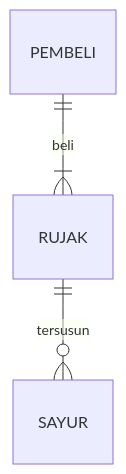
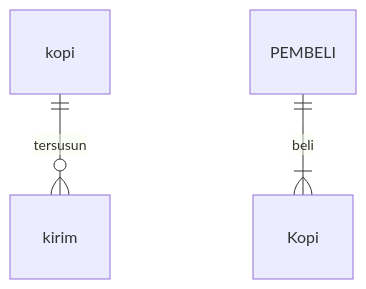
Before and after one commit to FauziAbdulMalik/Uzi_am14.12: the diagram in job-interview.md, drawn with Mermaid.

````diff
--- a/job-interview.md
+++ b/job-interview.md
@@ -51,5 +51,5 @@
 ```mermaid
 erDiagram
-    RUJAK ||--o{ SAYUR : tersusun
-    PEMBELI ||--|{ RUJAK : beli
+    kopi ||--o{ kirim : tersusun
+    PEMBELI ||--|{ Kopi : beli
 ```
````
